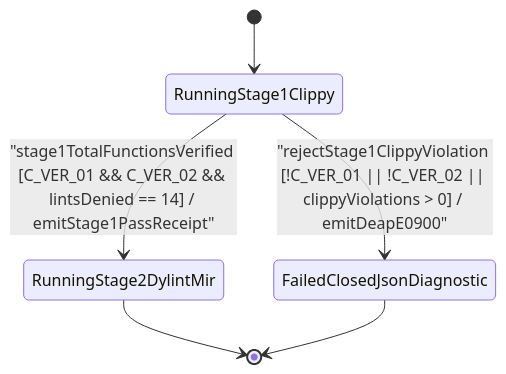
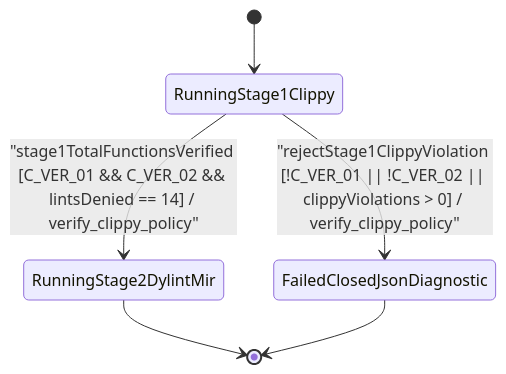
One commit to gintatkinson/DEAP01-spec-core changed the second of 2 diagrams in .pipeline/upstream/docs/user-stories/US-60-verify_clippy_policy.md. Above: the diagram before and after it, drawn with Mermaid. The commit also changed other lines of this file and 88 other files, not shown here.

````diff
--- a/.pipeline/upstream/docs/user-stories/US-60-verify_clippy_policy.md
+++ b/.pipeline/upstream/docs/user-stories/US-60-verify_clippy_policy.md
@@ -57,8 +52,8 @@
 ```mermaid
 stateDiagram-v2
     [*] --> RunningStage1Clippy
-    RunningStage1Clippy --> RunningStage2DylintMir : "stage1TotalFunctionsVerified [C_VER_01 && C_VER_02 && lintsDenied == 14] / emitStage1PassReceipt"
-    RunningStage1Clippy --> FailedClosedJsonDiagnostic : "rejectStage1ClippyViolation [!C_VER_01 || !C_VER_02 || clippyViolations > 0] / emitDeapE0900"
+    RunningStage1Clippy --> RunningStage2DylintMir : "stage1TotalFunctionsVerified [C_VER_01 && C_VER_02 && lintsDenied == 14] / verify_clippy_policy"
+    RunningStage1Clippy --> FailedClosedJsonDiagnostic : "rejectStage1ClippyViolation [!C_VER_01 || !C_VER_02 || clippyViolations > 0] / verify_clippy_policy"
     RunningStage2DylintMir --> [*]
     FailedClosedJsonDiagnostic --> [*]
 ```
````
